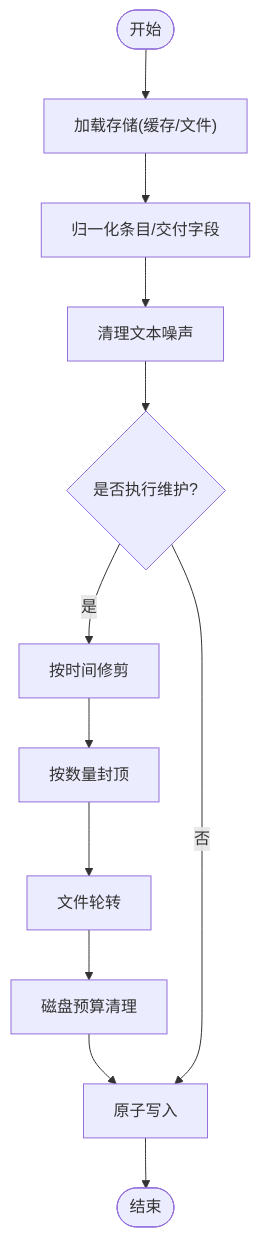
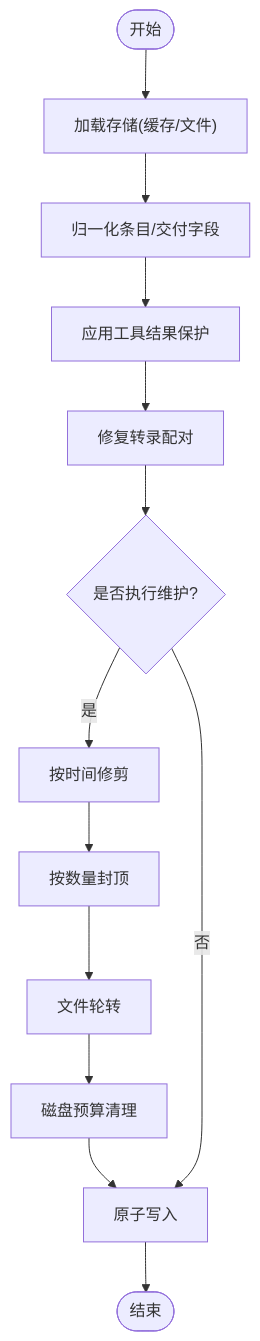
The fourth of 18 diagrams in .qoder/repowiki/zh/content/核心概念/会话管理.md (verse-ai-org/openclaw), drawn with Mermaid before and after one commit. The commit also changed other lines of this file and 20 other files, not shown here.

````diff
--- a/.qoder/repowiki/zh/content/核心概念/会话管理.md
+++ b/.qoder/repowiki/zh/content/核心概念/会话管理.md
@@ -342,14 +347,15 @@
 ```mermaid
 flowchart TD
 Start(["开始"]) --> Load["加载存储(缓存/文件)"]
 Load --> Normalize["归一化条目/交付字段"]
-Normalize --> TextClean["清理文本噪声"]
-TextClean --> Maintenance{"是否执行维护?"}
+Normalize --> ToolGuard["应用工具结果保护"]
+ToolGuard --> TranscriptRepair["修复转录配对"]
+TranscriptRepair --> Maintenance{"是否执行维护?"}
 Maintenance --> |是| Prune["按时间修剪"]
 Prune --> Cap["按数量封顶"]
 Cap --> Rotate["文件轮转"]
 Rotate --> Budget["磁盘预算清理"]
 Budget --> Atomic["原子写入"]
 Maintenance --> |否| Atomic
 Atomic --> End(["结束"])
 ```
````
